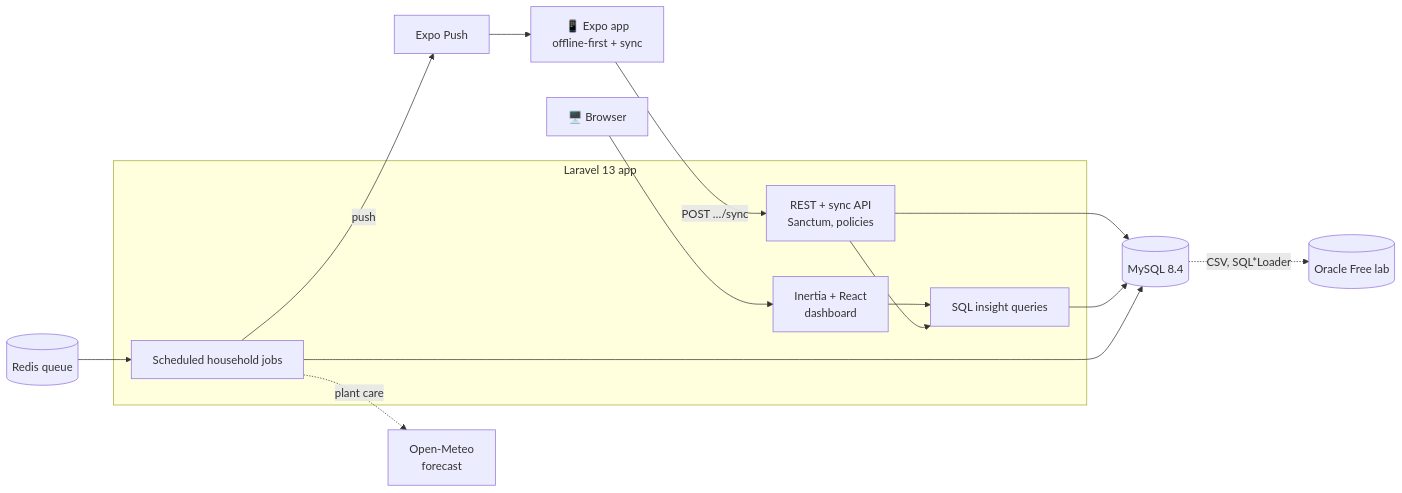
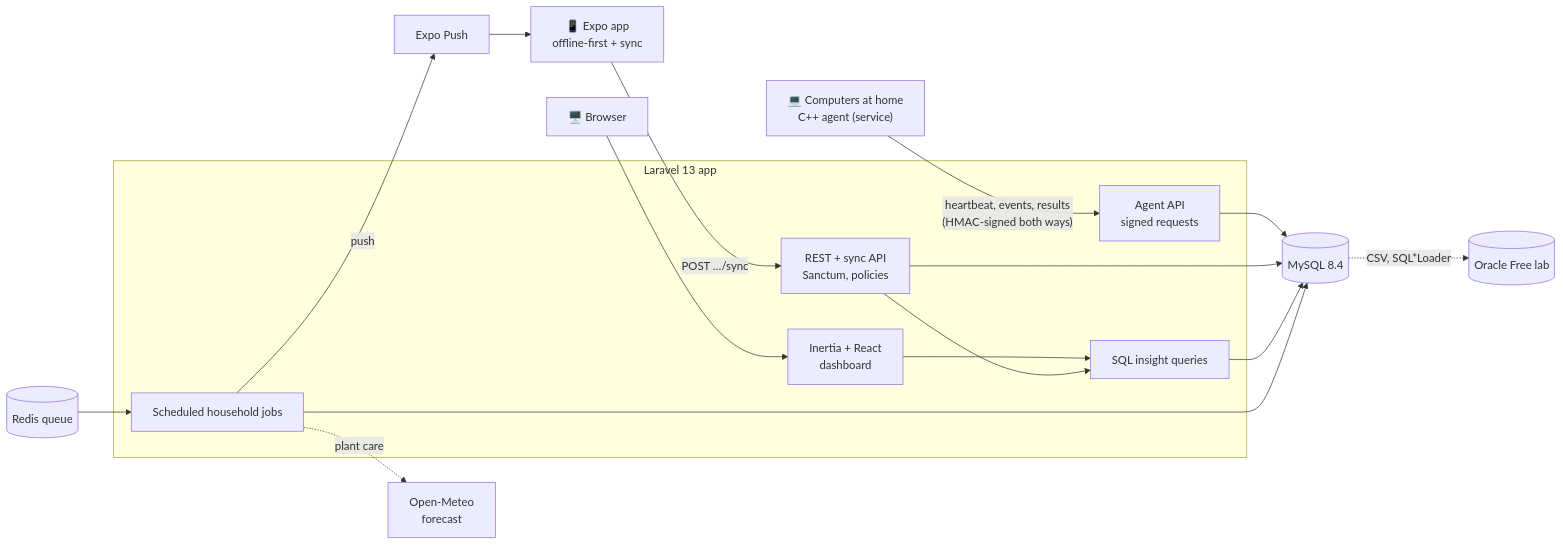
Before and after one commit to kgiannopoulou/home-helper-api: the diagram in README.md, drawn with Mermaid. The commit also changed other lines of this file and 5 other files, not shown here.

````diff
--- a/README.md
+++ b/README.md
@@ -30,30 +32,34 @@
 ```mermaid
 flowchart LR
     phone["📱 Expo app<br/>offline-first + sync"]
     browser["🖥️ Browser"]
+    pc["💻 Computers at home<br/>C++ agent (service)"]
 
     subgraph app["Laravel 13 app"]
         api["REST + sync API<br/>Sanctum, policies"]
+        agentapi["Agent API<br/>signed requests"]
         web["Inertia + React<br/>dashboard"]
         queries["SQL insight queries"]
         jobs["Scheduled household jobs"]
     end
 
     mysql[("MySQL 8.4")]
     redis[("Redis queue")]
     expo["Expo Push"]
     weather["Open-Meteo<br/>forecast"]
     oracle[("Oracle Free lab")]
 
     phone -- "POST …/sync" --> api
     browser --> web
+    pc -- "heartbeat, events, results<br/>(HMAC-signed both ways)" --> agentapi
+    agentapi --> mysql
     api --> mysql
     web --> queries
     api --> queries
     queries --> mysql
     redis --> jobs
     jobs --> mysql
     jobs -- "push" --> expo --> phone
     jobs -. "plant care" .-> weather
     mysql -. "CSV, SQL*Loader" .-> oracle
 ```
````
